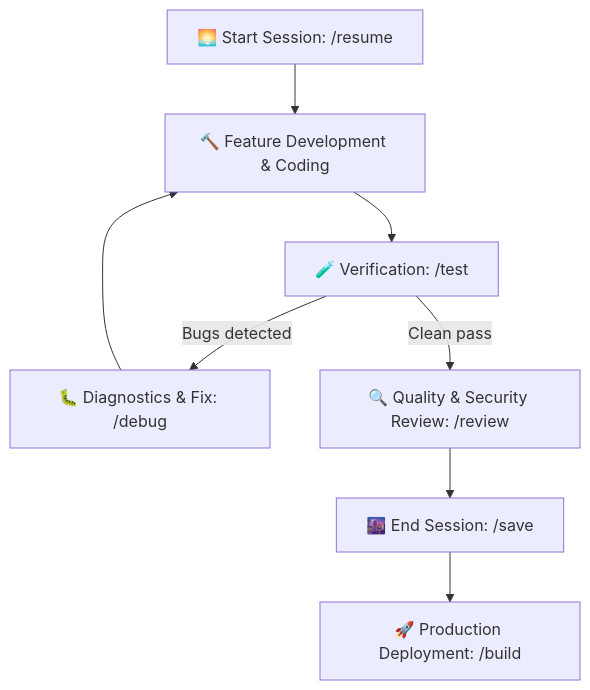
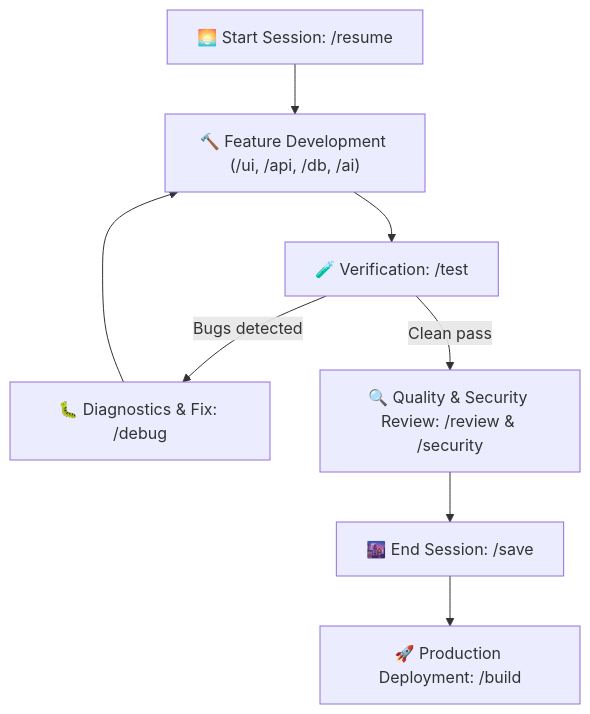
The diagram in AGENTS.md (Samrude1/agentic-fullstack-template), drawn with Mermaid before and after one commit. The commit also changed other lines of this file and 8 other files, not shown here.

Commit message:
feat: add specialized fullstack domain skills (app-db, app-api, app-ai, app-security, app-ui)

````diff
--- a/AGENTS.md
+++ b/AGENTS.md
@@ -44,10 +56,10 @@
 ```mermaid
 graph TD
-    A["🌅 Start Session: /resume"] --> B["🔨 Feature Development & Coding"]
+    A["🌅 Start Session: /resume"] --> B["🔨 Feature Development (/ui, /api, /db, /ai)"]
     B --> C["🧪 Verification: /test"]
     C -- Bugs detected --> D["🐛 Diagnostics & Fix: /debug"]
     D --> B
-    C -- Clean pass --> E["🔍 Quality & Security Review: /review"]
+    C -- Clean pass --> E["🔍 Quality & Security Review: /review & /security"]
     E --> F["🌆 End Session: /save"]
     F --> G["🚀 Production Deployment: /build"]
 ```
````
